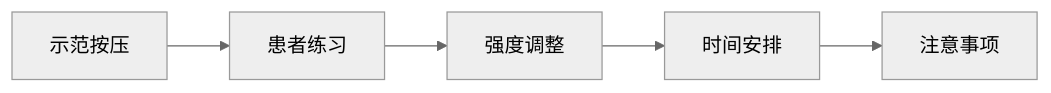
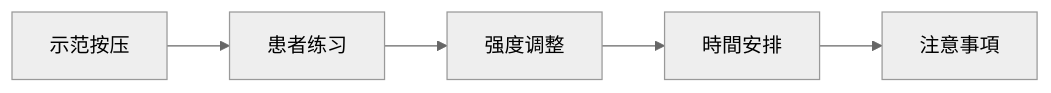
The third of 4 diagrams in 3 Resources/01-Tech/🏥 专业知识/耳穴知识库/03-臨床應用/王不留行籽贴压技术.md (kmjade/knowledge-value), drawn with Mermaid (neutral theme) before and after one commit. The commit also changed other lines of this file and 653 other files, not shown here.

````diff
--- a/3 Resources/01-Tech/🏥 专业知识/耳穴知识库/03-臨床應用/王不留行籽贴压技术.md
+++ b/3 Resources/01-Tech/🏥 专业知识/耳穴知识库/03-臨床應用/王不留行籽贴压技术.md
@@ -97,7 +97,7 @@
 ```mermaid
 flowchart LR
     A[示范按压] --> B[患者练习]
     B --> C[强度调整]
-    C --> D[时间安排]
-    D --> E[注意事项]
+    C --> D[時間安排]
+    D --> E[注意事項]
 ```
````
